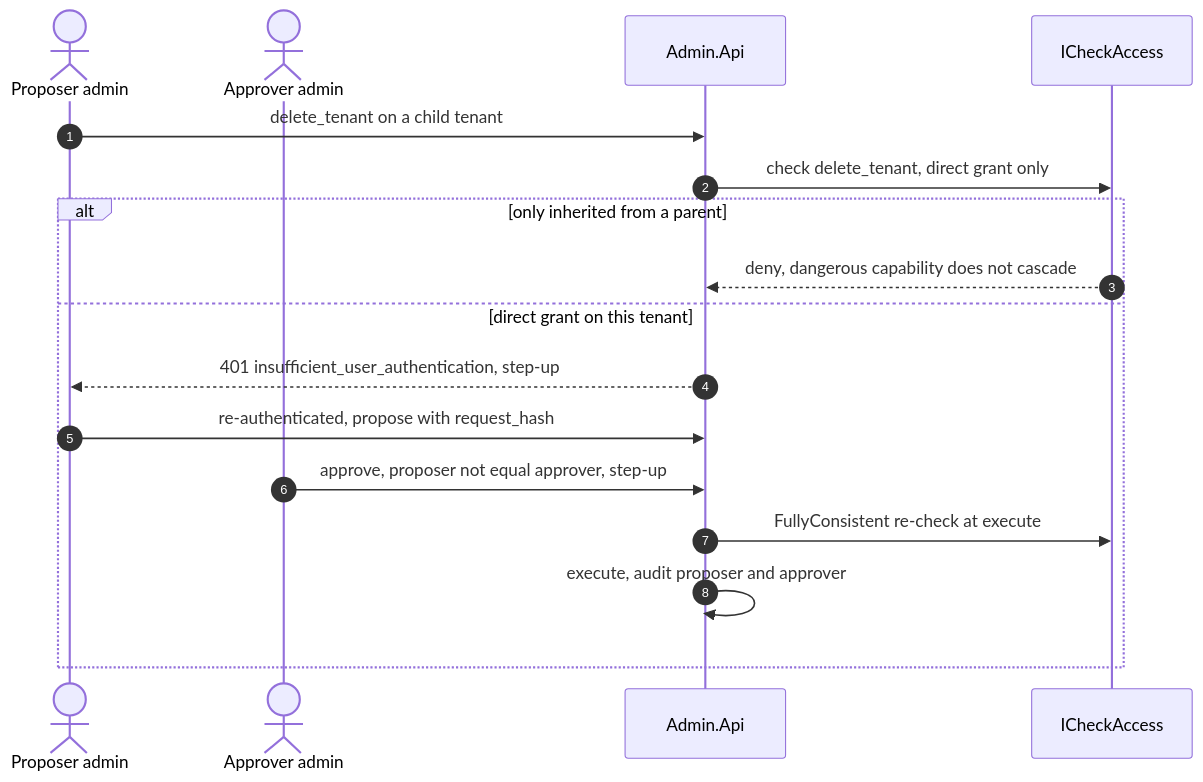
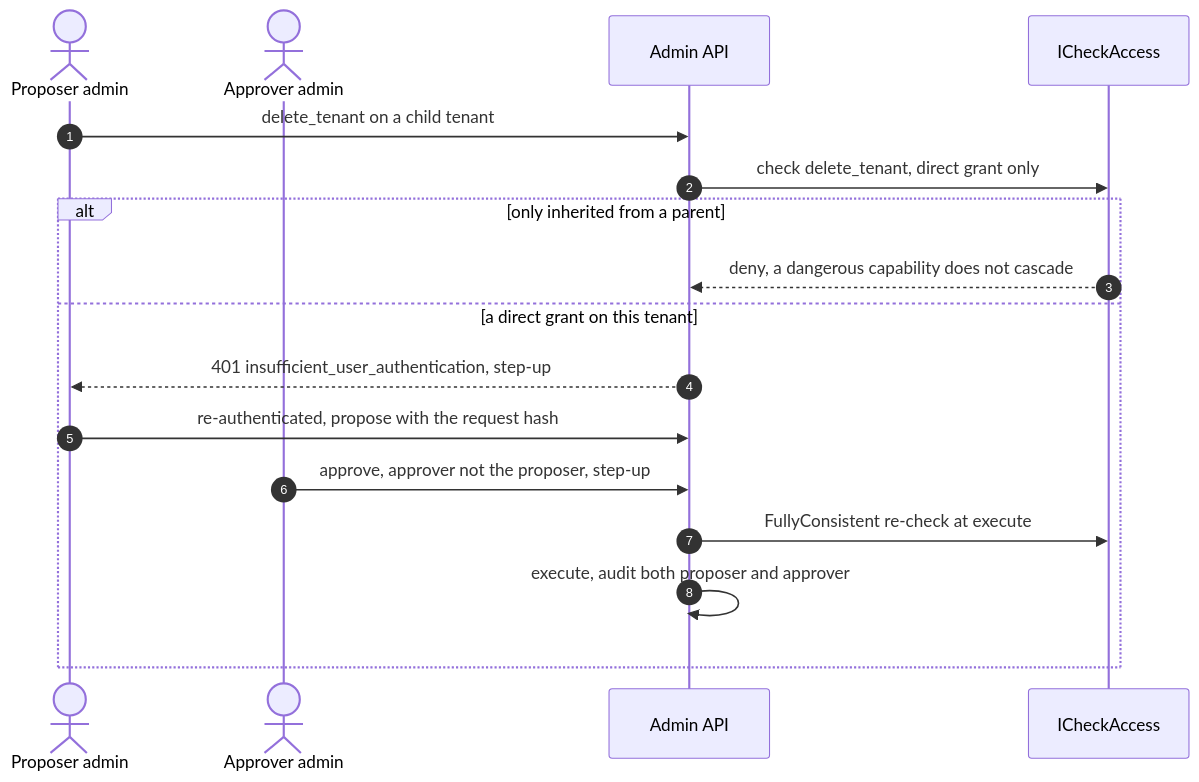
Before and after one commit to namphuongtran/nami: the fourth of 5 diagrams in docs/design/07-authorization.md, drawn with Mermaid. The commit also changed other lines of this file and 1 other file, not shown here.

````diff
--- a/docs/design/07-authorization.md
+++ b/docs/design/07-authorization.md
@@ -252,19 +361,19 @@
 ```mermaid
 sequenceDiagram
   autonumber
   actor P as Proposer admin
   actor A as Approver admin
-  participant API as Admin.Api
+  participant API as Admin API
   participant CA as ICheckAccess
   P->>API: delete_tenant on a child tenant
   API->>CA: check delete_tenant, direct grant only
   alt only inherited from a parent
-    CA-->>API: deny, dangerous capability does not cascade
-  else direct grant on this tenant
+    CA-->>API: deny, a dangerous capability does not cascade
+  else a direct grant on this tenant
     API-->>P: 401 insufficient_user_authentication, step-up
-    P->>API: re-authenticated, propose with request_hash
-    A->>API: approve, proposer not equal approver, step-up
+    P->>API: re-authenticated, propose with the request hash
+    A->>API: approve, approver not the proposer, step-up
     API->>CA: FullyConsistent re-check at execute
-    API->>API: execute, audit proposer and approver
+    API->>API: execute, audit both proposer and approver
   end
 ```
````
